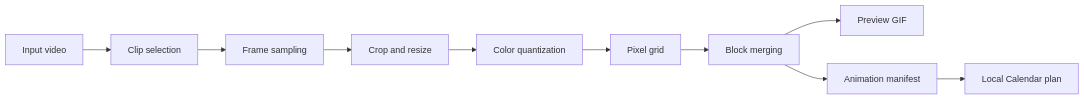
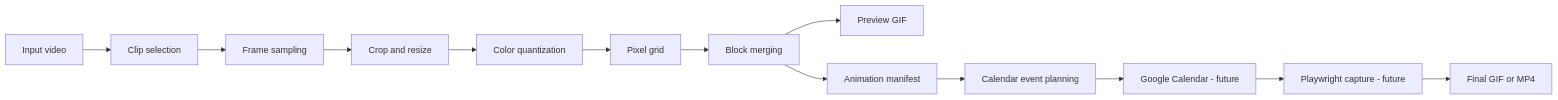
Before and after one commit to Santos-Moura/calendar-animation-maker: the diagram in README.md, drawn with Mermaid. The commit also changed other lines of this file and 23 other files, not shown here.

Commit message:
feat: add guarded Google Calendar calibration

````diff
--- a/README.md
+++ b/README.md
@@ -5,12 +7,15 @@
 ```mermaid
 flowchart LR
     A[Input video] --> B[Clip selection]
     B --> C[Frame sampling]
     C --> D[Crop and resize]
     D --> E[Color quantization]
     E --> F[Pixel grid]
     F --> G[Block merging]
     G --> H[Preview GIF]
     G --> I[Animation manifest]
-    I --> J[Local Calendar plan]
+    I --> J[Calendar event planning]
+    J --> K[Google Calendar - future]
+    K --> L[Playwright capture - future]
+    L --> M[Final GIF or MP4]
 ```
````
